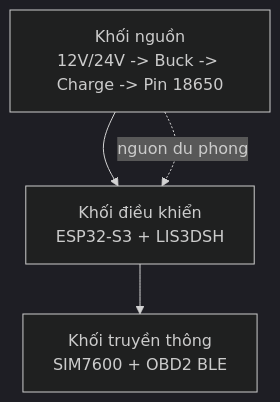
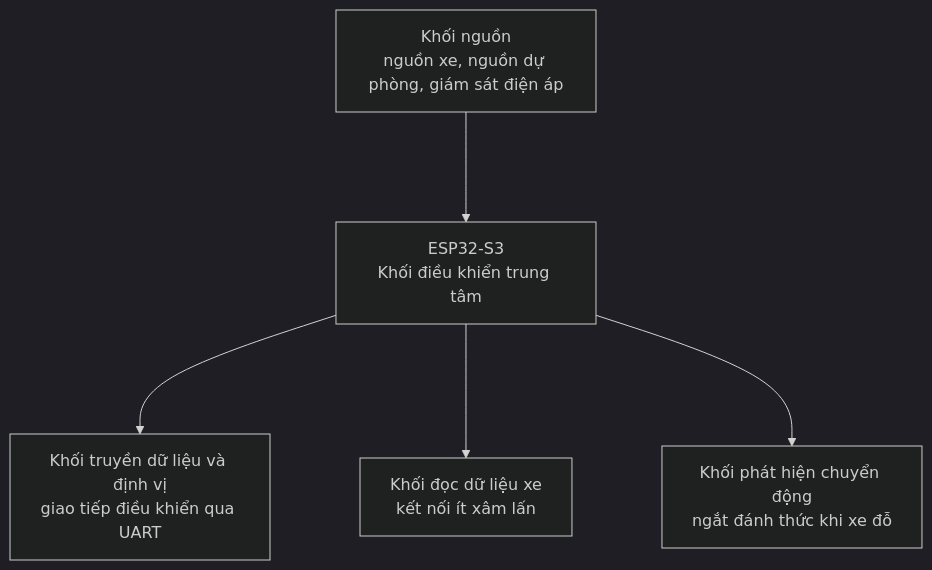
The diagram in resources/reports/thesis/final/assets/uml/03-chuong-3-giai-phap-phan-cung-hinh-3-1a.mmd (anmh1205/IoT_Vehicle_Tracking_System), drawn with Mermaid (dark theme) before and after one commit. The commit also changed 219 other files, not shown here.

```diff
--- a/resources/reports/thesis/final/assets/uml/03-chuong-3-giai-phap-phan-cung-hinh-3-1a.mmd
+++ b/resources/reports/thesis/final/assets/uml/03-chuong-3-giai-phap-phan-cung-hinh-3-1a.mmd
@@ -1,7 +1,12 @@
+%%{init: {'flowchart': {'nodeSpacing': 90, 'rankSpacing': 110}} }%%
 flowchart TB
-    Input["Khối nguồn<br/>12V/24V -> Buck -> Charge -> Pin 18650"]
-    Control["Khối điều khiển<br/>ESP32-S3 + LIS3DSH"]
-    Comm["Khối truyền thông<br/>SIM7600 + OBD2 BLE"]
+    MCU["ESP32-S3<br/>Khối điều khiển trung tâm"]
+    Power["Khối nguồn<br/>nguồn xe, nguồn dự phòng, giám sát điện áp"]
+    Comm["Khối truyền dữ liệu và định vị<br/>giao tiếp điều khiển qua UART"]
+    VehicleData["Khối đọc dữ liệu xe<br/>kết nối ít xâm lấn"]
+    Motion["Khối phát hiện chuyển động<br/>ngắt đánh thức khi xe đỗ"]
 
-    Input --> Control --> Comm
-    Input -. nguon du phong .-> Control
+    Power --> MCU
+    MCU --> Comm
+    MCU --> VehicleData
+    MCU --> Motion
```
